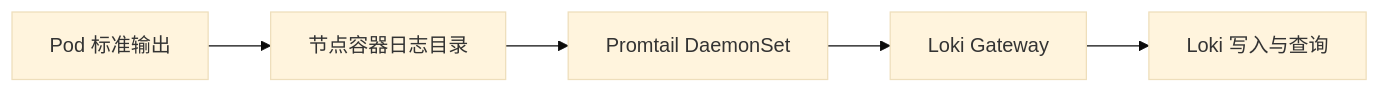
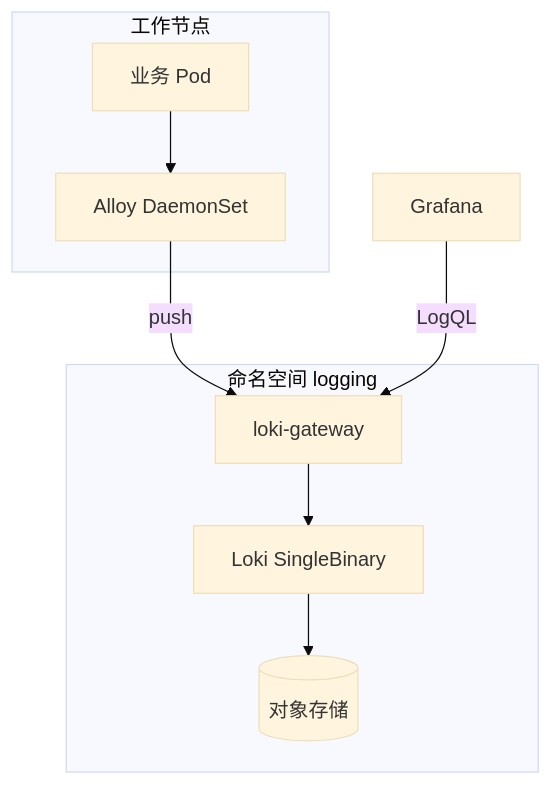
One commit to brinnatt/kubeauto changed diagram 36 of 43 in docs/efk/EFK.md. Above: the diagram before and after it, drawn with Mermaid (base theme). The commit also changed other lines of this file, not shown here.

````diff
--- a/docs/efk/EFK.md
+++ b/docs/efk/EFK.md
@@ -2075,9 +2072,18 @@
 ```mermaid
-flowchart LR
-  P["Pod 标准输出"]
-  N["节点容器日志目录"]
-  PT["Promtail DaemonSet"]
-  GW["Loki Gateway"]
-  L["Loki 写入与查询"]
-  P --> N --> PT --> GW --> L
+flowchart TB
+  subgraph node["工作节点"]
+    P[业务 Pod]
+    AL[Alloy DaemonSet]
+  end
+  subgraph logging_ns["命名空间 logging"]
+    GW[loki-gateway]
+    LO[Loki SingleBinary]
+    OB[(对象存储)]
+  end
+  GF[Grafana]
+  P --> AL
+  AL -->|push| GW
+  GW --> LO
+  LO --> OB
+  GF -->|LogQL| GW
 ```
````
